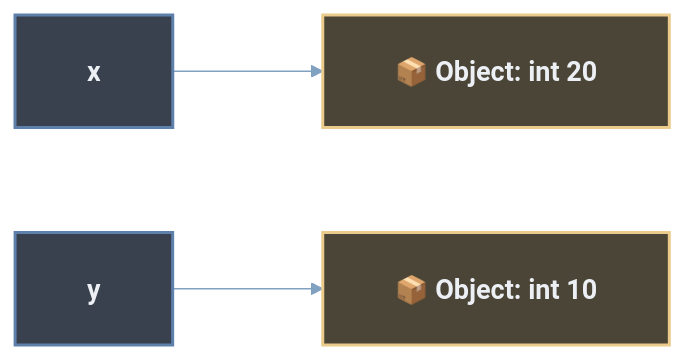
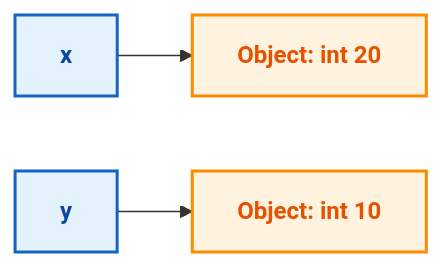
One commit to maliksiddiq/learning-agentic-ai changed the third of 6 diagrams in 01_ Python_For_ Agentic_ Ai/01 Data types/Readme.md. Above: the diagram before and after it, drawn with Mermaid. The commit also changed other lines of this file, not shown here.

````diff
--- a/01_ Python_For_ Agentic_ Ai/01 Data types/Readme.md
+++ b/01_ Python_For_ Agentic_ Ai/01 Data types/Readme.md
@@ -225,11 +207,10 @@
 ```mermaid
-%%{init: {'theme': 'base', 'themeVariables': {'background': '#2E3440', 'primaryColor': '#3B4252', 'primaryTextColor': '#ECEFF4', 'primaryBorderColor': '#5E81AC', 'lineColor': '#81A1C1', 'edgeLabelBackground': '#3B4252', 'fontSize': '18px', 'fontFamily': 'Segoe UI, Arial, sans-serif'}, 'flowchart': {'useMaxWidth': true, 'htmlLabels': true, 'nodeSpacing': 70, 'rankSpacing': 100, 'curve': 'basis', 'padding': 24}} }%%
 flowchart LR
-    x["x"] --> obj20["📦 Object: int 20"]
-    y["y"] --> obj10["📦 Object: int 10"]
+    x["x"] --> obj20["Object: int 20"]
+    y["y"] --> obj10["Object: int 10"]
 
-    classDef name fill:#39404E,color:#ECEFF4,stroke:#5E81AC,stroke-width:2px,font-weight:600
-    classDef box fill:#4A4536,color:#ECEFF4,stroke:#EBCB8B,stroke-width:2px,font-weight:600
+    classDef name fill:#E3F2FD,color:#0D47A1,stroke:#1565C0,stroke-width:2px,font-weight:bold
+    classDef box fill:#FFF3E0,color:#E65100,stroke:#FB8C00,stroke-width:2px,font-weight:bold
     class x,y name
     class obj20,obj10 box
 ```
````
